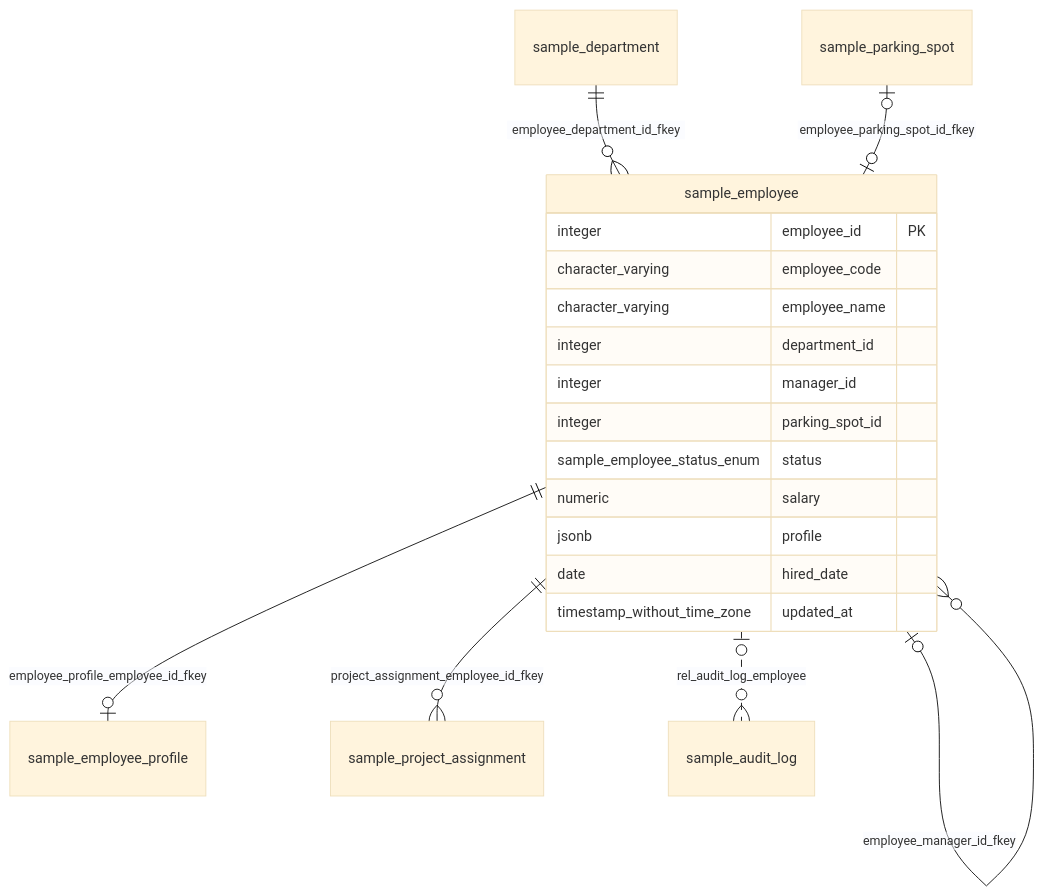
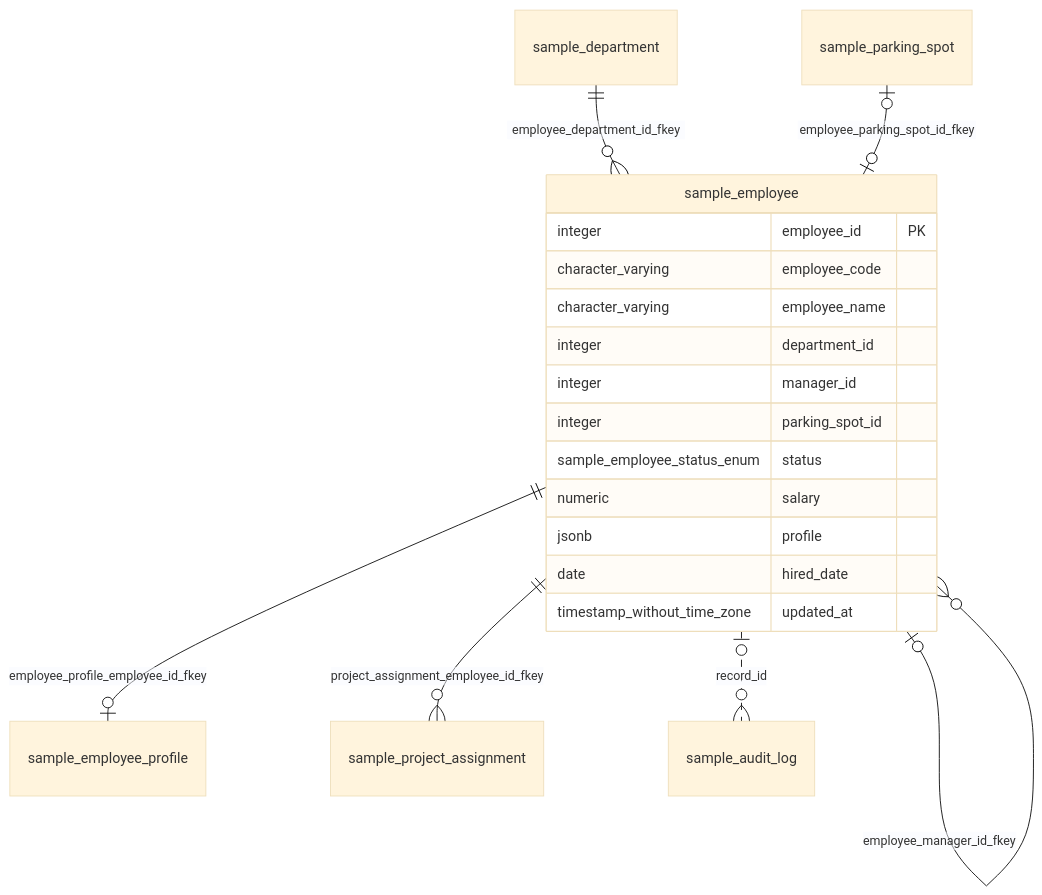
Before and after one commit to ebichan88/exportTableDefinition: the diagram in docs/sample/postgres/output/testdb/sample/table/employee.md, drawn with Mermaid (base theme). The commit also changed other lines of this file and 41 other files, not shown here.

````diff
--- a/docs/sample/postgres/output/testdb/sample/table/employee.md
+++ b/docs/sample/postgres/output/testdb/sample/table/employee.md
@@ -77,22 +77,22 @@
 ```mermaid
 erDiagram
     sample_department ||--o{ sample_employee : "employee_department_id_fkey"
     sample_employee |o--o{ sample_employee : "employee_manager_id_fkey"
     sample_parking_spot |o--o| sample_employee : "employee_parking_spot_id_fkey"
     sample_employee ||--o| sample_employee_profile : "employee_profile_employee_id_fkey"
     sample_employee ||--o{ sample_project_assignment : "project_assignment_employee_id_fkey"
-    sample_employee |o..o{ sample_audit_log : "rel_audit_log_employee"
+    sample_employee |o..o{ sample_audit_log : "record_id"
     sample_employee {
         integer employee_id PK
         character_varying employee_code
         character_varying employee_name
         integer department_id
         integer manager_id
         integer parking_spot_id
         sample_employee_status_enum status
         numeric salary
         jsonb profile
         date hired_date
         timestamp_without_time_zone updated_at
     }
 ```
````
